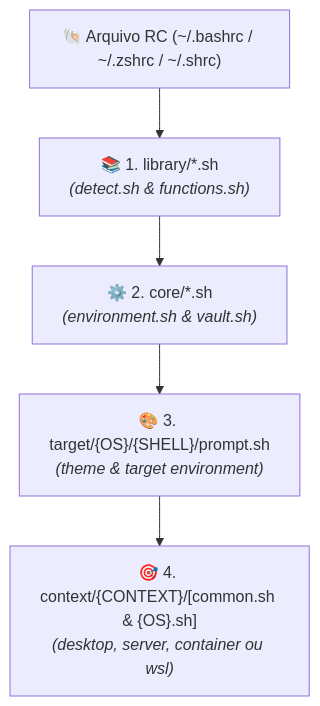
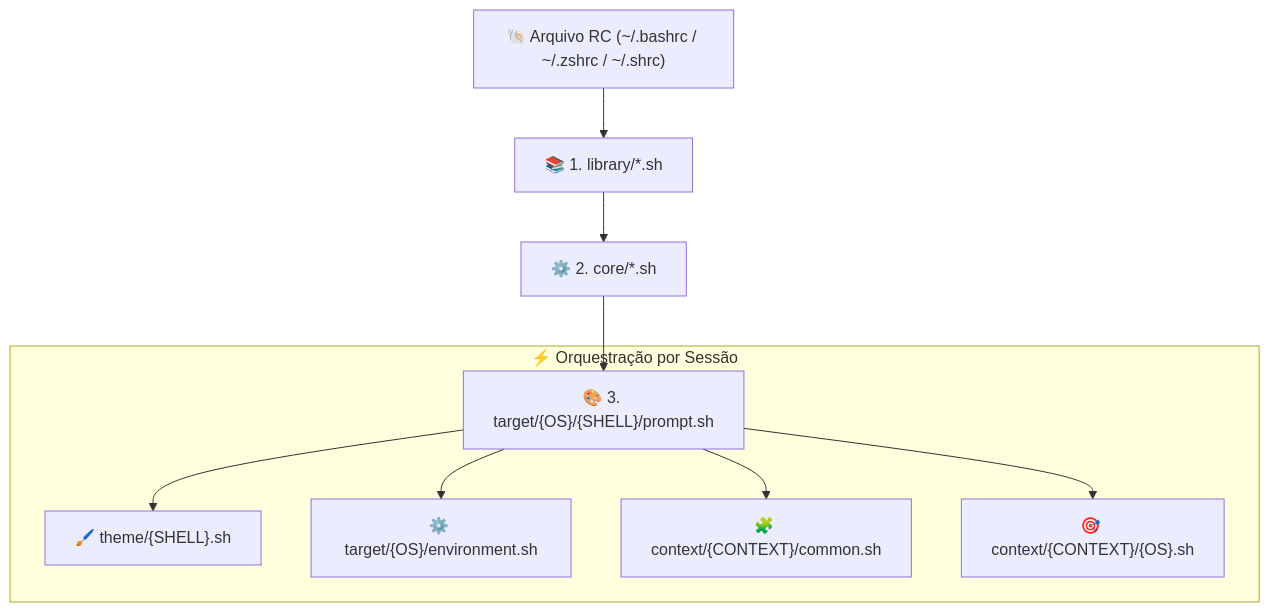
The third of 3 diagrams in README.md (GabrielFrigo4/shell), drawn with Mermaid before and after one commit. The commit also changed other lines of this file, not shown here.

````diff
--- a/README.md
+++ b/README.md
@@ -198,7 +198,13 @@
 ```mermaid
 flowchart TD
-    RC["🐚 Arquivo RC (~/.bashrc / ~/.zshrc / ~/.shrc)"] --> LIB["📚 1. library/*.sh<br/><i>(detect.sh & functions.sh)</i>"]
-    LIB --> CORE["⚙️ 2. core/*.sh<br/><i>(environment.sh & vault.sh)</i>"]
-    CORE --> TGT["🎨 3. target/{OS}/{SHELL}/prompt.sh<br/><i>(theme & target environment)</i>"]
-    TGT --> CTX["🎯 4. context/{CONTEXT}/[common.sh & {OS}.sh]<br/><i>(desktop, server, container ou wsl)</i>"]
+    RC["🐚 Arquivo RC (~/.bashrc / ~/.zshrc / ~/.shrc)"] --> LIB["📚 1. library/*.sh"]
+    LIB --> CORE["⚙️ 2. core/*.sh"]
+    CORE --> TGT["🎨 3. target/{OS}/{SHELL}/prompt.sh"]
+
+    subgraph PROMPT_FLOW ["⚡ Orquestração por Sessão"]
+        TGT --> THM["🖌️ theme/{SHELL}.sh"]
+        TGT --> ENV["⚙️ target/{OS}/environment.sh"]
+        TGT --> CTX_COM["🧩 context/{CONTEXT}/common.sh"]
+        TGT --> CTX_OS["🎯 context/{CONTEXT}/{OS}.sh"]
+    end
 ```
````
